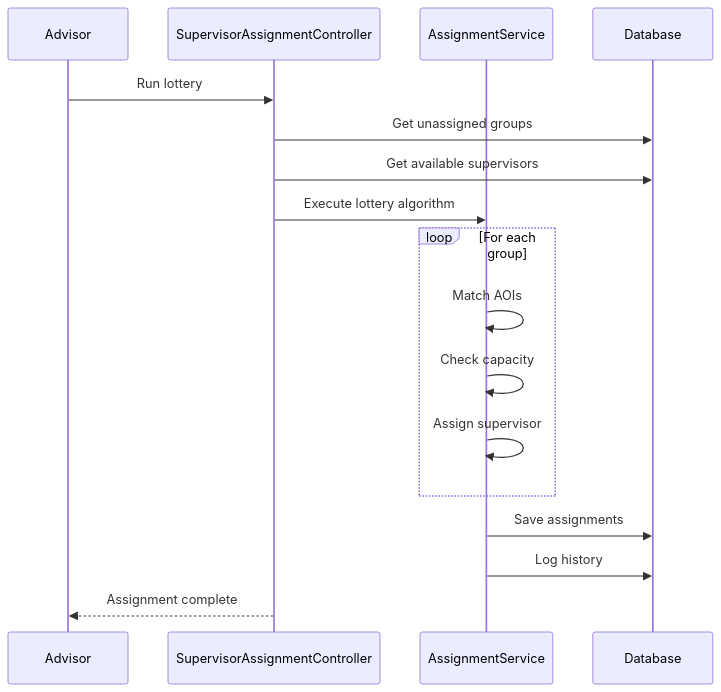
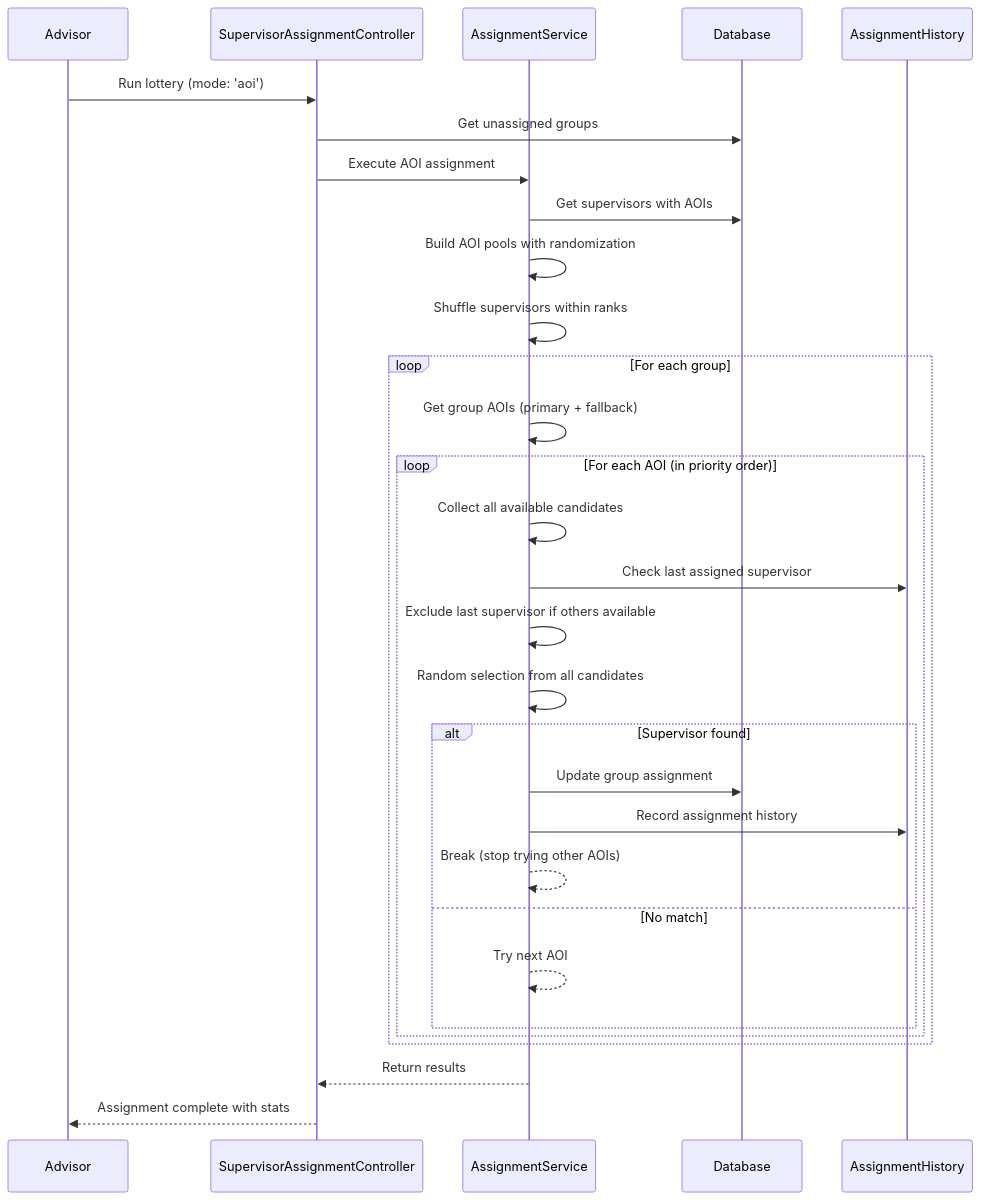
Before and after one commit to abdullah2323442/thesisrepo-backup: diagram 14 of 32 in sequence.md, drawn with Mermaid. The commit also changed other lines of this file, not shown here.

Commit message:
refactor(supervisor-assignment): Enhance supervisor assignment logic with three lottery modes, including AOI-based, ranking-based, and combined assignments for improved fairness and flexibility

````diff
--- a/sequence.md
+++ b/sequence.md
@@ -299,22 +301,38 @@
 ```mermaid
 sequenceDiagram
     participant Ad as Advisor
     participant SAC as SupervisorAssignmentController
     participant SAS as AssignmentService
     participant DB as Database
+    participant AH as AssignmentHistory
 
-    Ad->>SAC: Run lottery
+    Ad->>SAC: Run lottery (mode: 'aoi')
     SAC->>DB: Get unassigned groups
-    SAC->>DB: Get available supervisors
-    SAC->>SAS: Execute lottery algorithm
+    SAC->>SAS: Execute AOI assignment
+    
+    SAS->>DB: Get supervisors with AOIs
+    SAS->>SAS: Build AOI pools with randomization
+    SAS->>SAS: Shuffle supervisors within ranks
     
     loop For each group
-        SAS->>SAS: Match AOIs
-        SAS->>SAS: Check capacity
-        SAS->>SAS: Assign supervisor
+        SAS->>SAS: Get group AOIs (primary + fallback)
+        
+        loop For each AOI (in priority order)
+            SAS->>SAS: Collect all available candidates
+            SAS->>AH: Check last assigned supervisor
+            SAS->>SAS: Exclude last supervisor if others available
+            SAS->>SAS: Random selection from all candidates
+            
+            alt Supervisor found
+                SAS->>DB: Update group assignment
+                SAS->>AH: Record assignment history
+                SAS-->>SAS: Break (stop trying other AOIs)
+            else No match
+                SAS-->>SAS: Try next AOI
+            end
+        end
     end
     
-    SAS->>DB: Save assignments
-    SAS->>DB: Log history
-    SAC-->>Ad: Assignment complete
+    SAS-->>SAC: Return results
+    SAC-->>Ad: Assignment complete with stats
 ```
````
